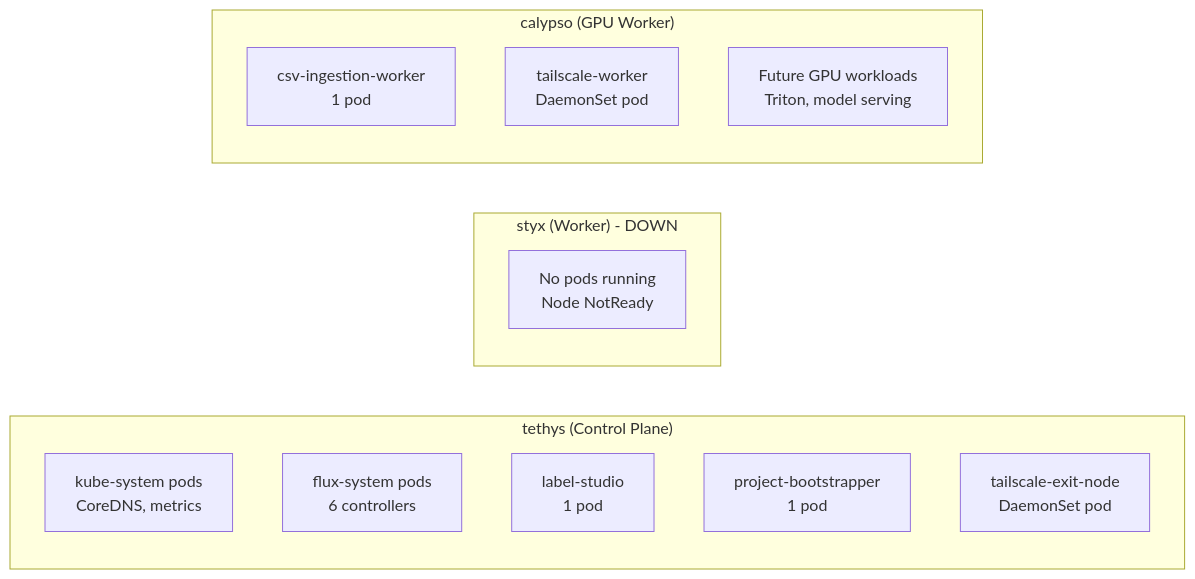
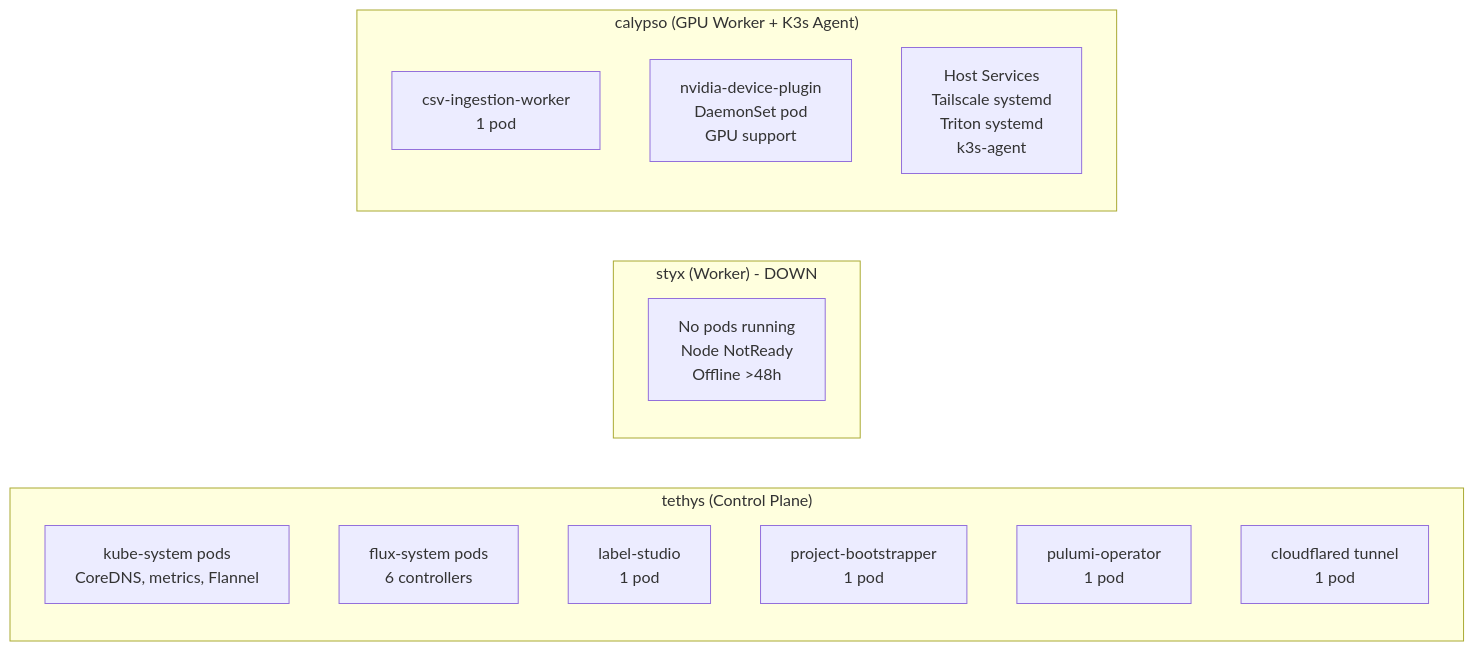
One commit to goldfish-inc/deepseek-ocr-vllm changed the sixth of 15 diagrams in docs/architecture/KUBERNETES_ARCHITECTURE.md. Above: the diagram before and after it, drawn with Mermaid. The commit also changed other lines of this file and 2 other files, not shown here.

First line of the commit message:
docs: update architecture for calypso as K3s cluster member

````diff
--- a/docs/architecture/KUBERNETES_ARCHITECTURE.md
+++ b/docs/architecture/KUBERNETES_ARCHITECTURE.md
@@ -203,20 +203,21 @@
 ```mermaid
 graph LR
     subgraph "tethys (Control Plane)"
-        T1[kube-system pods<br/>CoreDNS, metrics]
+        T1[kube-system pods<br/>CoreDNS, metrics, Flannel]
         T2[flux-system pods<br/>6 controllers]
         T3[label-studio<br/>1 pod]
         T4[project-bootstrapper<br/>1 pod]
-        T5[tailscale-exit-node<br/>DaemonSet pod]
+        T5[pulumi-operator<br/>1 pod]
+        T6[cloudflared tunnel<br/>1 pod]
     end
 
     subgraph "styx (Worker) - DOWN"
-        S1[No pods running<br/>Node NotReady]
+        S1[No pods running<br/>Node NotReady<br/>Offline >48h]
     end
 
-    subgraph "calypso (GPU Worker)"
+    subgraph "calypso (GPU Worker + K3s Agent)"
         C1[csv-ingestion-worker<br/>1 pod]
-        C2[tailscale-worker<br/>DaemonSet pod]
-        C3[Future GPU workloads<br/>Triton, model serving]
+        C2[nvidia-device-plugin<br/>DaemonSet pod<br/>GPU support]
+        C3[Host Services<br/>Tailscale systemd<br/>Triton systemd<br/>k3s-agent]
     end
 ```
````
